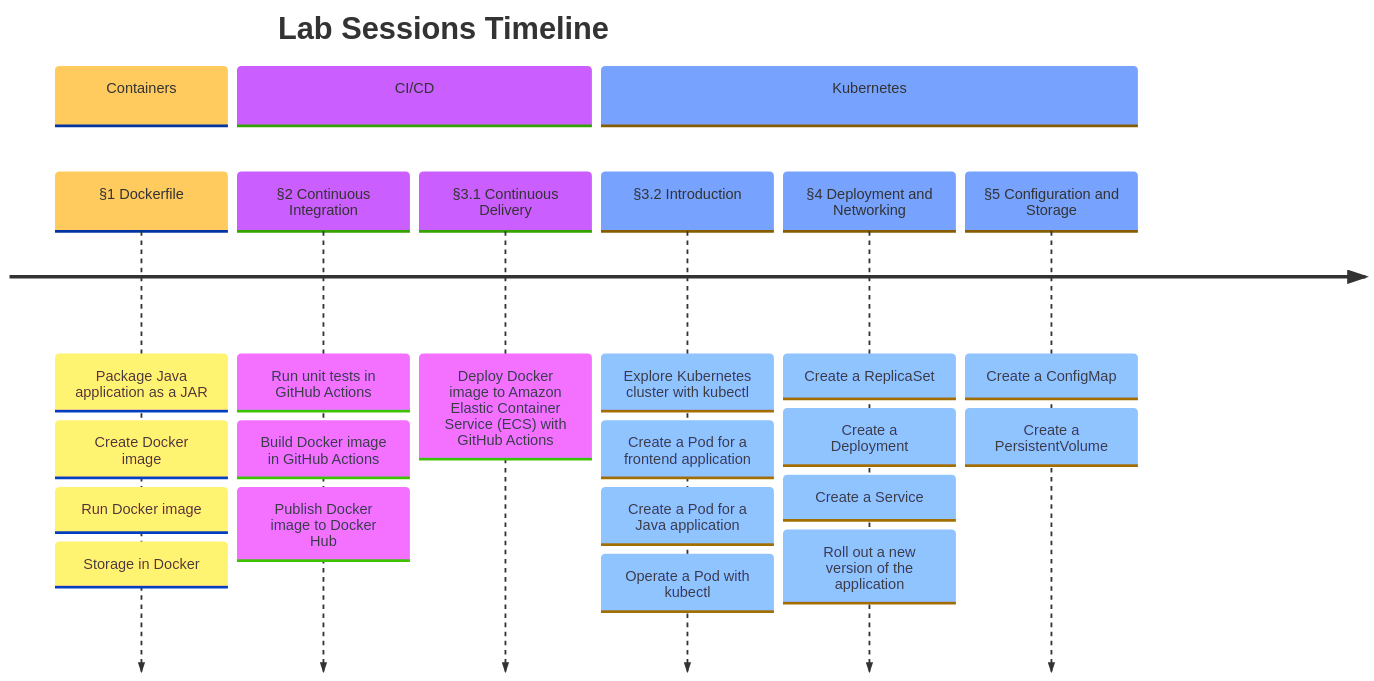
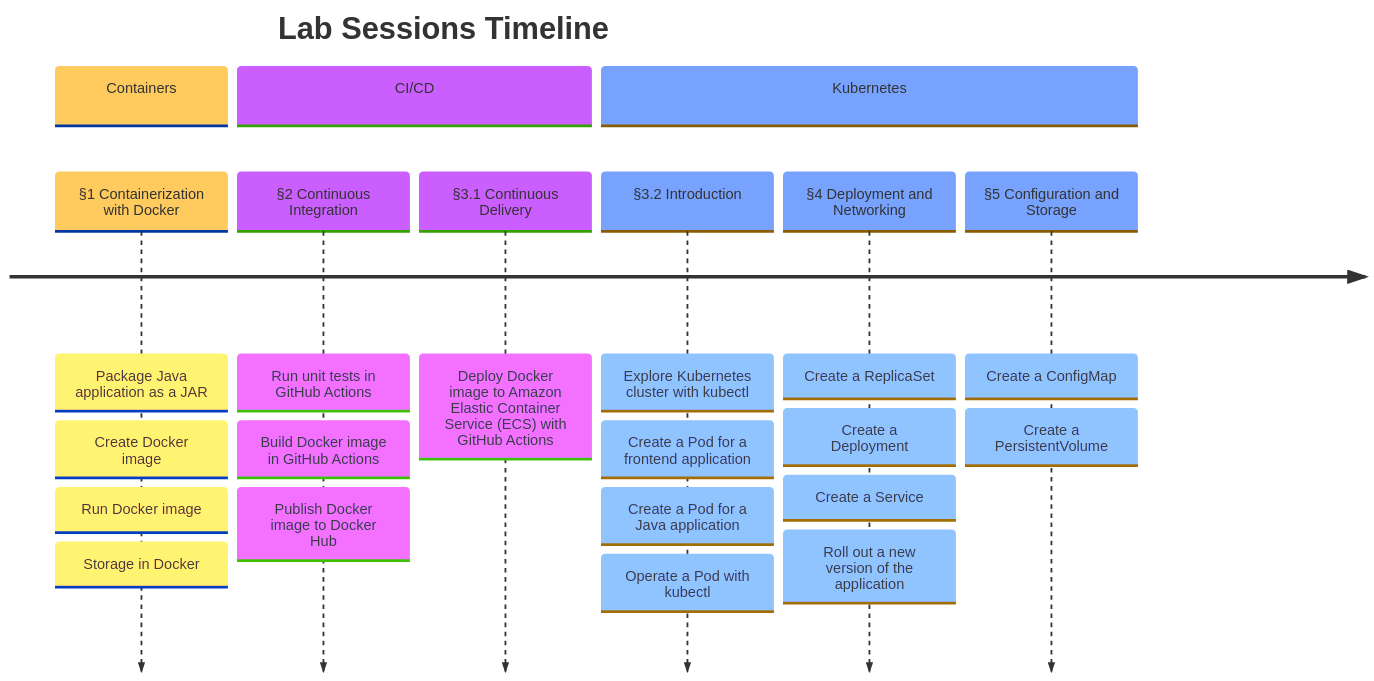
Before and after one commit to mincong-classroom/containers: the diagram in README.md, drawn with Mermaid.

````diff
--- a/README.md
+++ b/README.md
@@ -5,37 +5,37 @@
 ```mermaid
 %%{
     init: {
         'logLevel': 'debug',
         'theme': 'base'
     }
 }%%
 timeline
     title Lab Sessions Timeline
     section Containers
-        §1 Dockerfile
+        §1 Containerization with Docker
             : Package Java application as a JAR
             : Create Docker image
             : Run Docker image
             : Storage in Docker
     section CI/CD
         §2 Continuous Integration
             : Run unit tests in GitHub Actions
             : Build Docker image in GitHub Actions
             : Publish Docker image to Docker Hub
         §3.1 Continuous Delivery
             : Deploy Docker image to Amazon Elastic Container Service (ECS) with GitHub Actions
     section Kubernetes
         §3.2 Introduction
             : Explore Kubernetes cluster with kubectl
             : Create a Pod for a frontend application
             : Create a Pod for a Java application
             : Operate a Pod with kubectl
         §4 Deployment and Networking
             : Create a ReplicaSet
             : Create a Deployment
             : Create a Service
             : Roll out a new version of the application
         §5 Configuration and Storage
             : Create a ConfigMap
             : Create a PersistentVolume
 ```
````
